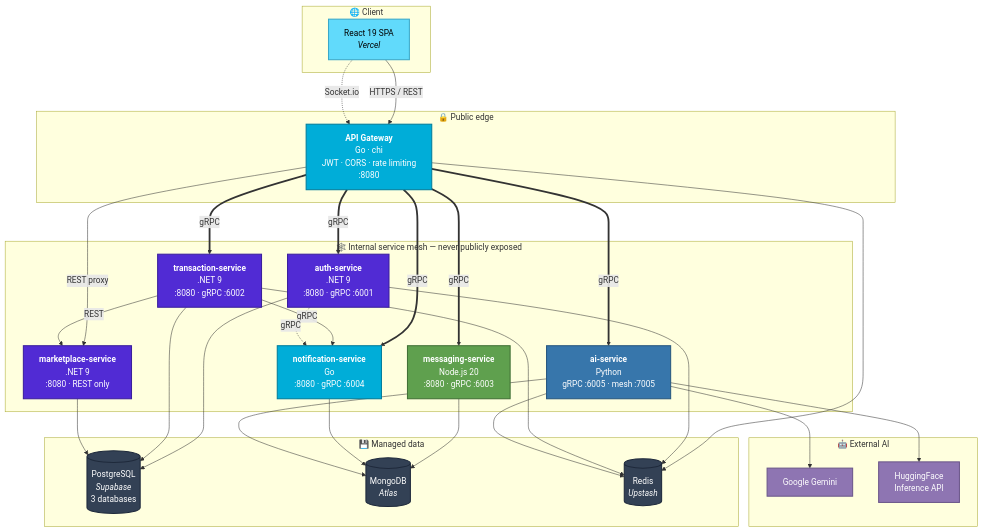
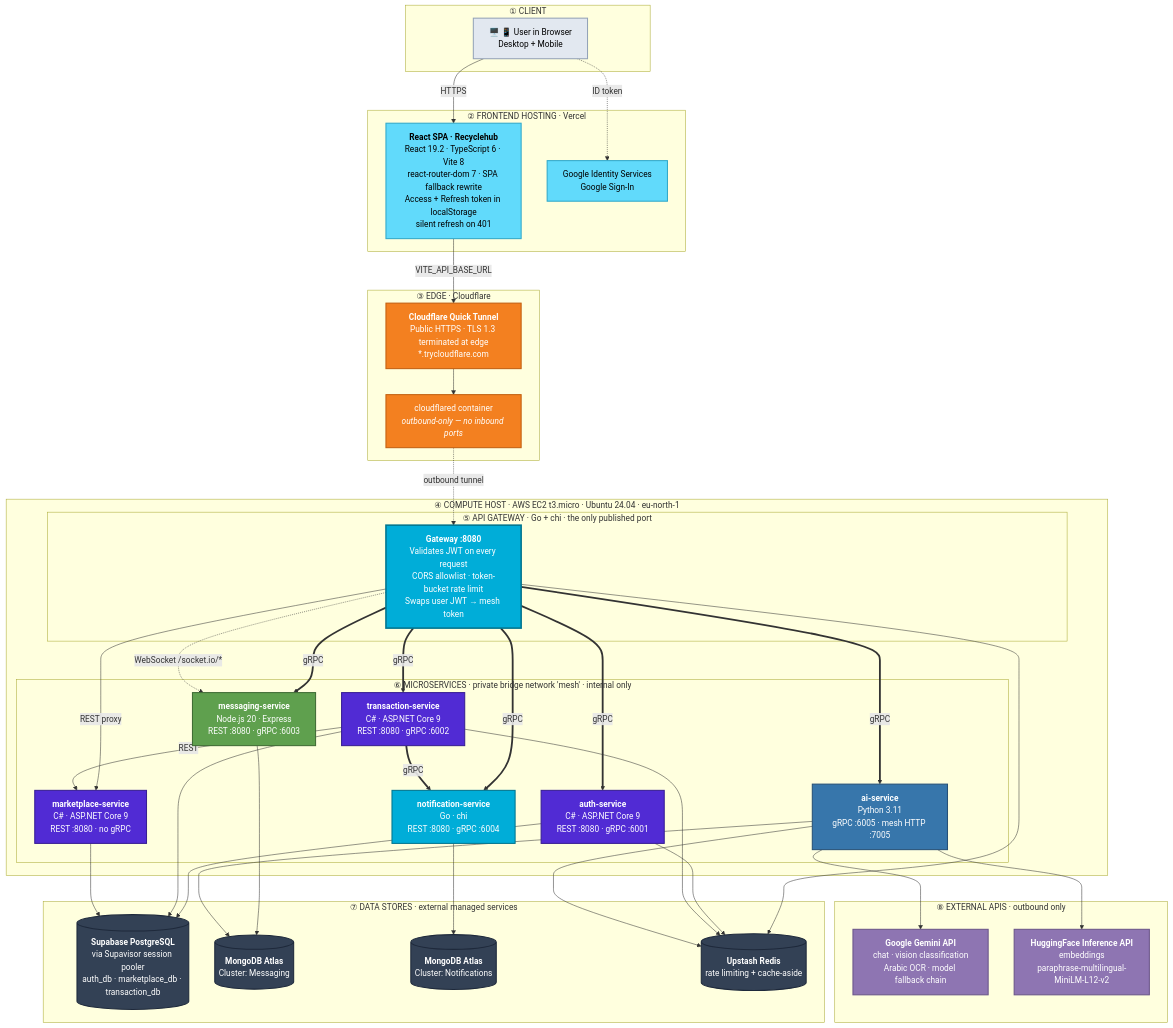
The first of 9 diagrams in README.md (BassilAlSafadi/Team1-Dell), drawn with Mermaid before and after one commit. The commit also changed other lines of this file, not shown here.

First line of the commit message:
Expand README: reproduce the full 8-layer architecture diagram

````diff
--- a/README.md
+++ b/README.md
@@ -93,53 +106,69 @@
 ```mermaid
 graph TB
-    subgraph client["🌐 Client"]
-        FE["React 19 SPA<br/><i>Vercel</i>"]
+    subgraph L1["① CLIENT"]
+        BROWSER["🖥️ 📱 User in Browser<br/>Desktop + Mobile"]
     end
 
-    subgraph edge["🔒 Public edge"]
-        GW["<b>API Gateway</b><br/>Go · chi<br/>JWT · CORS · rate limiting<br/>:8080"]
+    subgraph L2["② FRONTEND HOSTING · Vercel"]
+        SPA["<b>React SPA · Recyclehub</b><br/>React 19.2 · TypeScript 6 · Vite 8<br/>react-router-dom 7 · SPA fallback rewrite<br/>Access + Refresh token in localStorage<br/>silent refresh on 401"]
+        GSI["Google Identity Services<br/>Google Sign-In"]
     end
 
-    subgraph mesh["🕸️ Internal service mesh — never publicly exposed"]
-        AUTH["<b>auth-service</b><br/>.NET 9<br/>:8080 · gRPC :6001"]
-        TXN["<b>transaction-service</b><br/>.NET 9<br/>:8080 · gRPC :6002"]
-        MKT["<b>marketplace-service</b><br/>.NET 9<br/>:8080 · REST only"]
-        MSG["<b>messaging-service</b><br/>Node.js 20<br/>:8080 · gRPC :6003"]
-        NOT["<b>notification-service</b><br/>Go<br/>:8080 · gRPC :6004"]
-        AI["<b>ai-service</b><br/>Python<br/>gRPC :6005 · mesh :7005"]
+    subgraph L3["③ EDGE · Cloudflare"]
+        CFE["<b>Cloudflare Quick Tunnel</b><br/>Public HTTPS · TLS 1.3 terminated at edge<br/>*.trycloudflare.com"]
+        CFD["cloudflared container<br/><i>outbound-only — no inbound ports</i>"]
     end
 
-    subgraph data["💾 Managed data"]
-        PG[("PostgreSQL<br/><i>Supabase</i><br/>3 databases")]
-        MG[("MongoDB<br/><i>Atlas</i>")]
-        RD[("Redis<br/><i>Upstash</i>")]
+    subgraph L4["④ COMPUTE HOST · AWS EC2 t3.micro · Ubuntu 24.04 · eu-north-1"]
+        subgraph L5["⑤ API GATEWAY · Go + chi · the only published port"]
+            GW["<b>Gateway :8080</b><br/>Validates JWT on every request<br/>CORS allowlist · token-bucket rate limit<br/>Swaps user JWT → mesh token"]
+        end
+
+        subgraph L6["⑥ MICROSERVICES · private bridge network 'mesh' · internal only"]
+            AUTH["<b>auth-service</b><br/>C# · ASP.NET Core 9<br/>REST :8080 · gRPC :6001"]
+            TXN["<b>transaction-service</b><br/>C# · ASP.NET Core 9<br/>REST :8080 · gRPC :6002"]
+            MKT["<b>marketplace-service</b><br/>C# · ASP.NET Core 9<br/>REST :8080 · no gRPC"]
+            MSG["<b>messaging-service</b><br/>Node.js 20 · Express<br/>REST :8080 · gRPC :6003"]
+            NOT["<b>notification-service</b><br/>Go · chi<br/>REST :8080 · gRPC :6004"]
+            AI["<b>ai-service</b><br/>Python 3.11<br/>gRPC :6005 · mesh HTTP :7005"]
+        end
     end
 
-    subgraph ext["🤖 External AI"]
-        GEM["Google Gemini"]
-        HF["HuggingFace<br/>Inference API"]
+    subgraph L7["⑦ DATA STORES · external managed services"]
+        PG[("<b>Supabase PostgreSQL</b><br/>via Supavisor session pooler<br/>auth_db · marketplace_db · transaction_db")]
+        MGA[("<b>MongoDB Atlas</b><br/>Cluster: Messaging")]
+        MGB[("<b>MongoDB Atlas</b><br/>Cluster: Notifications")]
+        RD[("<b>Upstash Redis</b><br/>rate limiting + cache-aside")]
     end
 
-    FE -->|"HTTPS / REST"| GW
-    FE -.->|"Socket.io"| GW
+    subgraph L8["⑧ EXTERNAL APIS · outbound only"]
+        GEM["<b>Google Gemini API</b><br/>chat · vision classification<br/>Arabic OCR · model fallback chain"]
+        HF["<b>HuggingFace Inference API</b><br/>embeddings<br/>paraphrase-multilingual-MiniLM-L12-v2"]
+    end
 
-    GW ==>|gRPC| AUTH
-    GW ==>|gRPC| TXN
-    GW ==>|gRPC| MSG
-    GW ==>|gRPC| NOT
-    GW ==>|gRPC| AI
+    BROWSER -->|"HTTPS"| SPA
+    BROWSER -.->|"ID token"| GSI
+    SPA -->|"VITE_API_BASE_URL"| CFE
+    CFE --> CFD
+    CFD -.->|"outbound tunnel"| GW
+
+    GW ==>|"gRPC"| AUTH
+    GW ==>|"gRPC"| TXN
+    GW ==>|"gRPC"| MSG
+    GW ==>|"gRPC"| NOT
+    GW ==>|"gRPC"| AI
     GW -->|"REST proxy"| MKT
+    GW -.->|"WebSocket /socket.io/*"| MSG
 
-    TXN -->|gRPC| NOT
-    TXN -->|REST| MKT
-    AUTH -.->|gRPC| NOT
+    TXN ==>|"gRPC"| NOT
+    TXN -->|"REST"| MKT
 
     AUTH --> PG
     TXN --> PG
     MKT --> PG
-    MSG --> MG
-    NOT --> MG
-    AI --> MG
+    MSG --> MGA
+    NOT --> MGB
+    AI --> MGA
 
     GW --> RD
     AUTH --> RD
@@ -149,21 +178,25 @@
     AI --> GEM
     AI --> HF
 
-    classDef gw fill:#00ADD8,stroke:#007d9c,color:#fff,stroke-width:2px
-    classDef dotnet fill:#512BD4,stroke:#3b1f9e,color:#fff,stroke-width:2px
-    classDef node fill:#5FA04E,stroke:#417036,color:#fff,stroke-width:2px
-    classDef go fill:#00ADD8,stroke:#007d9c,color:#fff,stroke-width:2px
-    classDef py fill:#3776AB,stroke:#28587f,color:#fff,stroke-width:2px
-    classDef fe fill:#61DAFB,stroke:#3aa8c9,color:#000,stroke-width:2px
-    classDef db fill:#334155,stroke:#1e293b,color:#fff,stroke-width:2px
-    classDef aiext fill:#8E75B2,stroke:#6b578a,color:#fff,stroke-width:2px
+    classDef gwC fill:#00ADD8,stroke:#00758f,color:#fff,stroke-width:3px
+    classDef netC fill:#512BD4,stroke:#381e94,color:#fff,stroke-width:2px
+    classDef nodeC fill:#5FA04E,stroke:#3f6b34,color:#fff,stroke-width:2px
+    classDef goC fill:#00ADD8,stroke:#00758f,color:#fff,stroke-width:2px
+    classDef pyC fill:#3776AB,stroke:#265077,color:#fff,stroke-width:2px
+    classDef feC fill:#61DAFB,stroke:#31a8c9,color:#000,stroke-width:2px
+    classDef dbC fill:#334155,stroke:#1e293b,color:#fff,stroke-width:2px
+    classDef extC fill:#8E75B2,stroke:#6a5589,color:#fff,stroke-width:2px
+    classDef cfC fill:#F38020,stroke:#c25f10,color:#fff,stroke-width:2px
+    classDef clientC fill:#e2e8f0,stroke:#94a3b8,color:#000,stroke-width:2px
 
-    class GW gw
-    class AUTH,TXN,MKT dotnet
-    class MSG node
-    class NOT go
-    class AI py
-    class FE fe
-    class PG,MG,RD db
-    class GEM,HF aiext
+    class GW gwC
+    class AUTH,TXN,MKT netC
+    class MSG nodeC
+    class NOT goC
+    class AI pyC
+    class SPA,GSI feC
+    class PG,MGA,MGB,RD dbC
+    class GEM,HF extC
+    class CFE,CFD cfC
+    class BROWSER clientC
 ```
````
